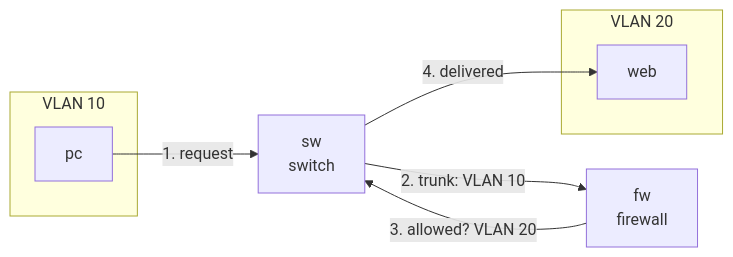
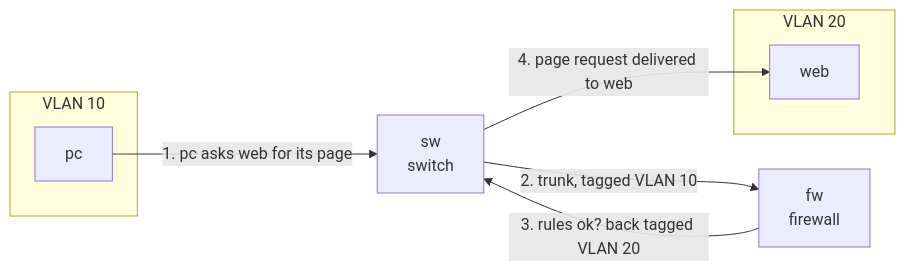
Before and after one commit to fiddler110/Topiary: the ninth of 11 diagrams in workshops/netlab-ansible/content/slides/presentation.md, drawn with Mermaid. The commit also changed other lines of this file and 107 other files, not shown here.

```diff
--- a/workshops/netlab-ansible/content/slides/presentation.md
+++ b/workshops/netlab-ansible/content/slides/presentation.md
@@ -893,15 +999,15 @@
 <div class="mermaid">
 flowchart LR
   subgraph v10["VLAN 10"]
     pc["pc"]
   end
   sw["sw<br/>switch"]
   fw["fw<br/>firewall"]
   subgraph v20["VLAN 20"]
     web["web"]
   end
-  pc -- "1. request" --> sw
-  sw -- "2. trunk: VLAN 10" --> fw
-  fw -- "3. allowed? VLAN 20" --> sw
-  sw -- "4. delivered" --> web
+  pc -- "1. pc asks web for its page" --> sw
+  sw -- "2. trunk, tagged VLAN 10" --> fw
+  fw -- "3. rules ok? back tagged VLAN 20" --> sw
+  sw -- "4. page request delivered to web" --> web
 </div>
```
